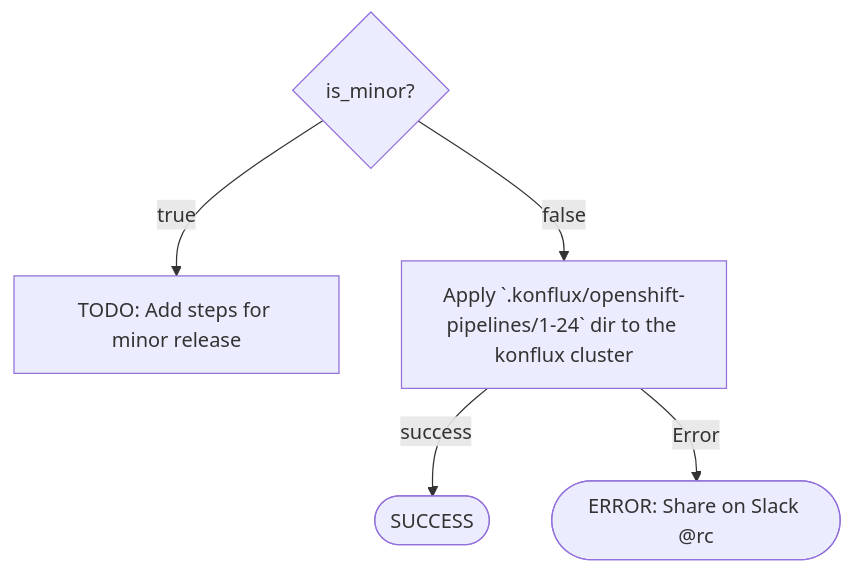
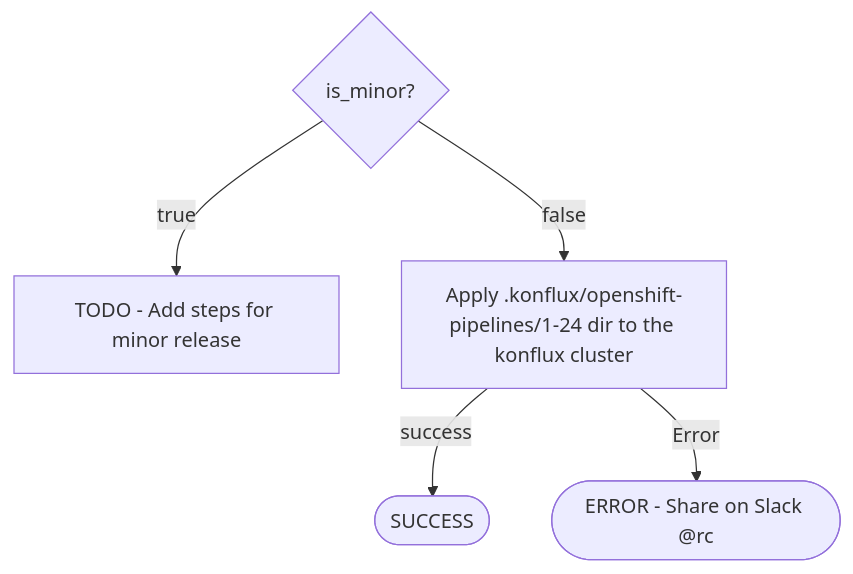
Before and after one commit to theakshaypant/osp-rc-tools: the fifth of 20 diagrams in cra/Release Steps.md, drawn with Mermaid. The commit also changed other lines of this file, not shown here.

Commit message:
docs(CRA): vibed missing steps

````diff
--- a/cra/Release Steps.md
+++ b/cra/Release Steps.md
@@ -135,10 +154,10 @@
 ```mermaid
 flowchart TD
     check_is_minor{is_minor?}
 
-    check_is_minor -->|true| minor[TODO: Add steps for minor release]
-    check_is_minor -->|false| apply_config[Apply `.konflux/openshift-pipelines/1-24` dir to the konflux cluster]
+    check_is_minor -->|true| minor[TODO - Add steps for minor release]
+    check_is_minor -->|false| apply_config[Apply .konflux/openshift-pipelines/1-24 dir to the konflux cluster]
 
     apply_config --> |success| SUCCESS([SUCCESS])
-    apply_config --> |Error| ERROR([ERROR: Share on Slack @rc])
+    apply_config --> |Error| ERROR([ERROR - Share on Slack @rc])
 ```
````
